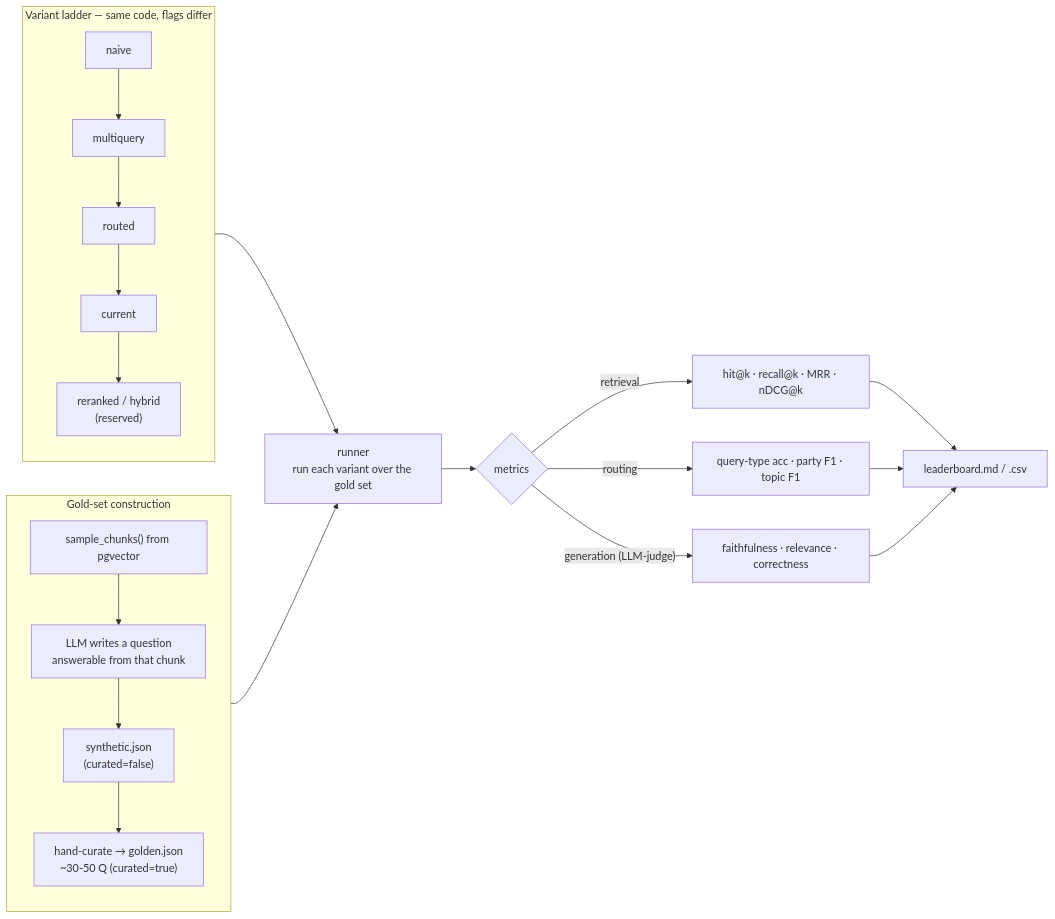
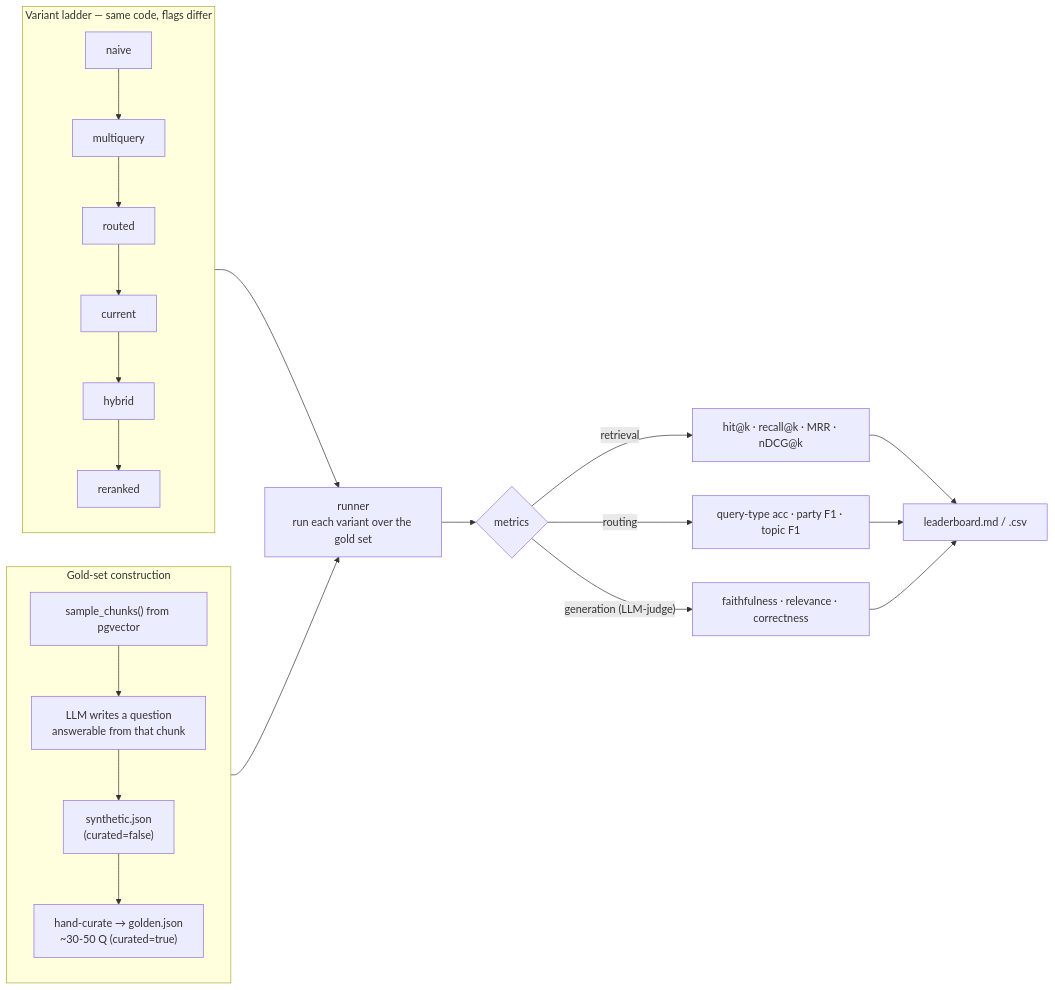
The fifth of 5 diagrams in docs/architecture.md (afonsoni/thesis), drawn with Mermaid before and after one commit. The commit also changed other lines of this file and 12 other files, not shown here.

````diff
--- a/docs/architecture.md
+++ b/docs/architecture.md
@@ -149,24 +159,24 @@
 ```mermaid
 flowchart LR
     subgraph BUILD["Gold-set construction"]
         direction TB
         SAMP["sample_chunks() from pgvector"] --> QGEN["LLM writes a question<br/>answerable from that chunk"]
         QGEN --> SYN["synthetic.json<br/>(curated=false)"]
         SYN --> CUR["hand-curate → golden.json<br/>~30-50 Q (curated=true)"]
     end
 
     subgraph LADDER["Variant ladder — same code, flags differ"]
         direction TB
-        V0["naive"] --> V1["multiquery"] --> V2["routed"] --> V3["current"] --> V4["reranked / hybrid<br/>(reserved)"]
+        V0["naive"] --> V1["multiquery"] --> V2["routed"] --> V3["current"] --> V4["hybrid"] --> V5["reranked"]
     end
 
     CUR --> RUN["runner<br/>run each variant over the gold set"]
     LADDER --> RUN
     RUN --> M{"metrics"}
     M -->|retrieval| MR["hit@k · recall@k · MRR · nDCG@k"]
     M -->|routing| MO["query-type acc · party F1 · topic F1"]
     M -->|"generation (LLM-judge)"| MG["faithfulness · relevance · correctness"]
     MR --> LB["leaderboard.md / .csv"]
     MO --> LB
     MG --> LB
 ```
````
